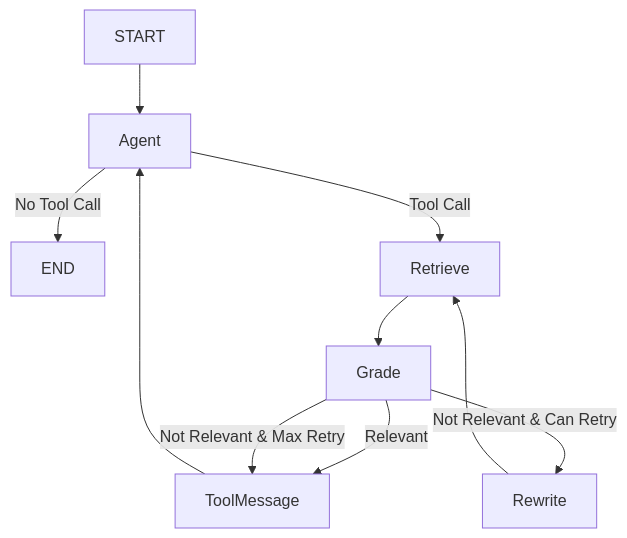
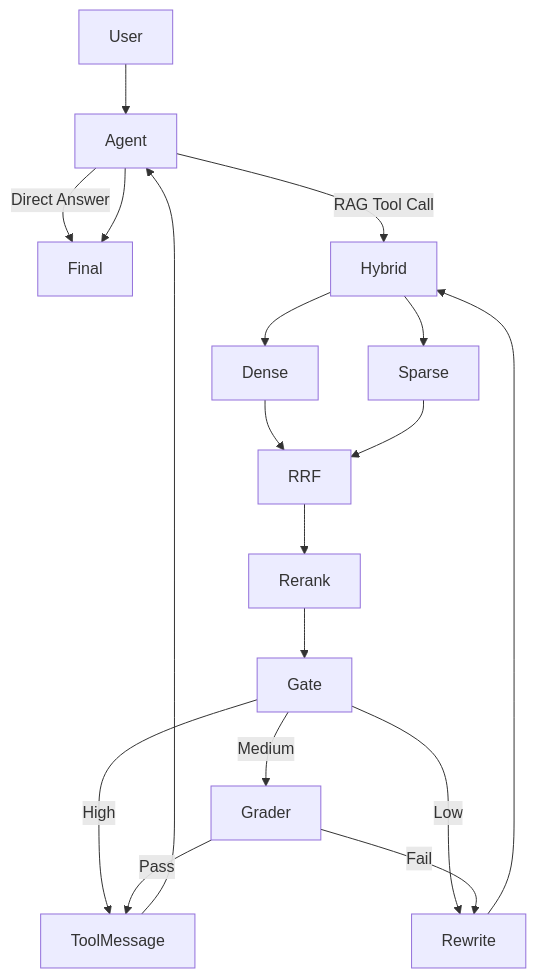
One commit to Vinn0427/langchain_demo changed the third of 3 diagrams in rag-agent-demo/README.md. Above: the diagram before and after it, drawn with Mermaid. The commit also changed other lines of this file and 32 other files, not shown here.

Commit message:
Version 3: Qdrant hybrid retrieval (dense + BM25 + RRF), cross-encoder rerank, retrieval gate, streaming TTFT metrics, offline eval

````diff
--- a/rag-agent-demo/README.md
+++ b/rag-agent-demo/README.md
@@ -162,17 +152,30 @@
 ```mermaid
 flowchart TD
-    START --> Agent
+    User --> Agent
 
-    Agent -->|No Tool Call| END
-    Agent -->|Tool Call| Retrieve
+    Agent -->|Direct Answer| Final
+    Agent -->|RAG Tool Call| Hybrid
 
-    Retrieve --> Grade
+    Hybrid --> Dense
+    Hybrid --> Sparse
 
-    Grade -->|Relevant| ToolMessage
-    Grade -->|Not Relevant & Can Retry| Rewrite
-    Grade -->|Not Relevant & Max Retry| ToolMessage
+    Dense --> RRF
+    Sparse --> RRF
 
-    Rewrite --> Retrieve
+    RRF --> Rerank
+
+    Rerank --> Gate
+
+    Gate -->|High| ToolMessage
+    Gate -->|Medium| Grader
+    Gate -->|Low| Rewrite
+
+    Grader -->|Pass| ToolMessage
+    Grader -->|Fail| Rewrite
+
+    Rewrite --> Hybrid
 
     ToolMessage --> Agent
+
+    Agent --> Final
 ```
````
